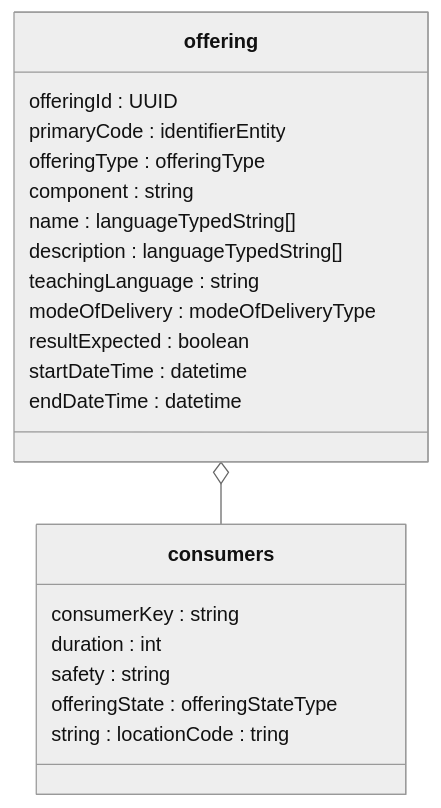
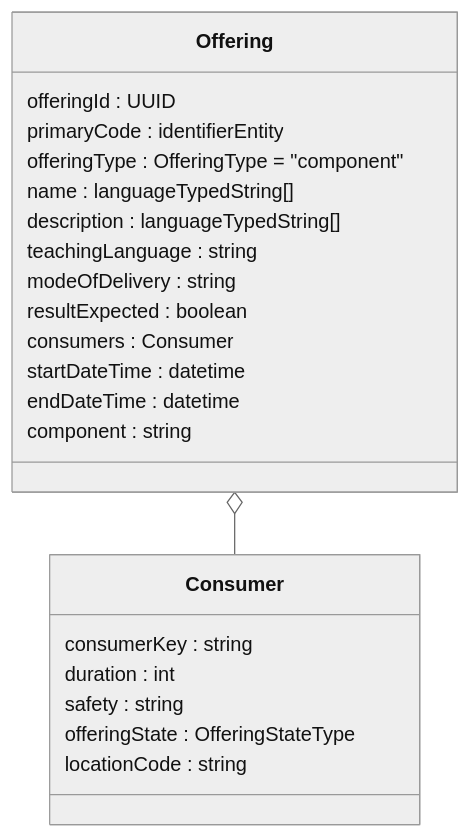
One commit to NetwerkExamineringDigitalisering/NED-OOAPI changed the second of 8 diagrams in doc/flow2.md. Above: the diagram before and after it, drawn with Mermaid (neutral theme). The commit also changed other lines of this file, not shown here.

Commit message:
Update flow2.md
Corrected class diagram for 2.1

````diff
--- a/doc/flow2.md
+++ b/doc/flow2.md
@@ -21,24 +21,25 @@
 ```mermaid
 classDiagram
-    class offering {
+    class Offering {
     	offeringId : UUID
 	primaryCode : identifierEntity
-	offeringType : offeringType
-	component : string
+	offeringType : OfferingType = "component"
 	name : languageTypedString[]
 	description : languageTypedString[]
 	teachingLanguage : string
-	modeOfDelivery : modeOfDeliveryType
+	modeOfDelivery : string
 	resultExpected : boolean
+	consumers : Consumer
 	startDateTime : datetime
 	endDateTime : datetime
+	component : string
     }
-    class consumers {
+    class Consumer {
     	consumerKey : string
 	duration : int
 	safety : string
-	offeringState : offeringStateType
-	string : locationCode : tring
+	offeringState : OfferingStateType
+	locationCode : string
     }
-    offering o-- consumers
+    Offering o-- Consumer
 ```
````
